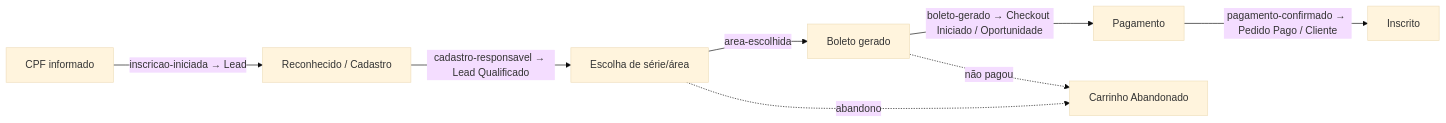
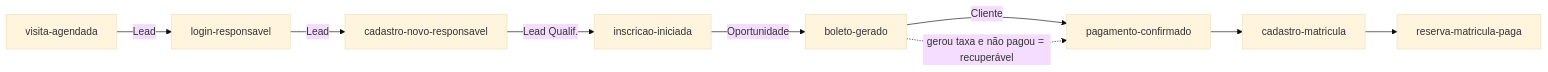
Before and after one commit to DI-CSA/admission-enrollment: the first of 2 diagrams in docs/resumo-estrategico-rd-station.md, drawn with Mermaid (base theme). The commit also changed other lines of this file and 6 other files, not shown here.

````diff
--- a/docs/resumo-estrategico-rd-station.md
+++ b/docs/resumo-estrategico-rd-station.md
@@ -37,10 +42,11 @@
 ```mermaid
 flowchart LR
-    A[CPF informado] -->|inscricao-iniciada → Lead| B[Reconhecido / Cadastro]
-    B -->|cadastro-responsavel → Lead Qualificado| C[Escolha de série/área]
-    C -->|area-escolhida| D[Boleto gerado]
-    D -->|boleto-gerado → Checkout Iniciado / Oportunidade| E[Pagamento]
-    E -->|pagamento-confirmado → Pedido Pago / Cliente| F[Inscrito]
-    C -.->|abandono| G[Carrinho Abandonado]
-    D -.->|não pagou| G
+    V[visita-agendada] -->|Lead| L[login-responsavel]
+    L -->|Lead| C[cadastro-novo-responsavel]
+    C -->|Lead Qualif.| I[inscricao-iniciada]
+    I -->|Oportunidade| B[boleto-gerado]
+    B -->|Cliente| P[pagamento-confirmado]
+    P --> CM[cadastro-matricula]
+    CM --> RM[reserva-matricula-paga]
+    B -.->|gerou taxa e não pagou = recuperável| P
 ```
````
